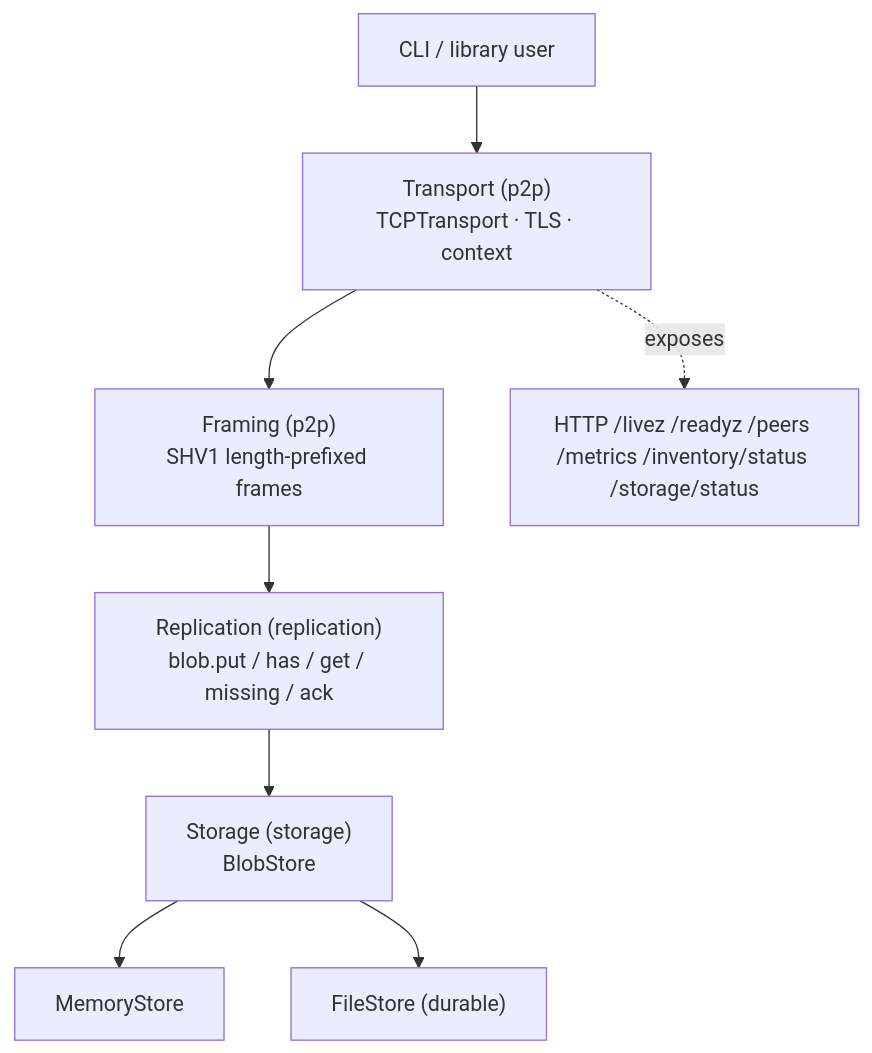
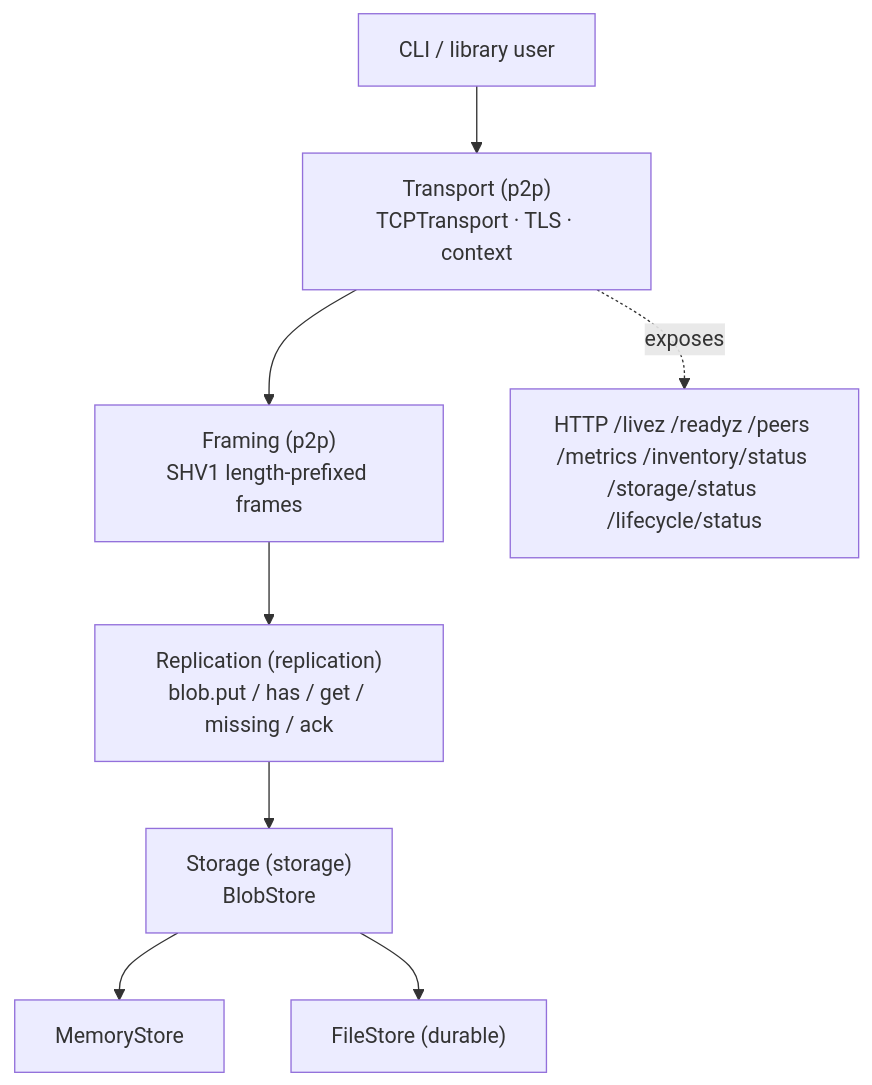
One commit to AliSinaDevelo/StreamHive changed the first of 4 diagrams in docs/ARCHITECTURE.md. Above: the diagram before and after it, drawn with Mermaid. The commit also changed 6 other files, not shown here.

````diff
--- a/docs/ARCHITECTURE.md
+++ b/docs/ARCHITECTURE.md
@@ -7,10 +7,10 @@
 ```mermaid
 flowchart TD
   cli["CLI / library user"] --> tr["Transport (p2p)<br/>TCPTransport · TLS · context"]
   tr --> fr["Framing (p2p)<br/>SHV1 length-prefixed frames"]
   fr --> rep["Replication (replication)<br/>blob.put / has / get / missing / ack"]
   rep --> st["Storage (storage)<br/>BlobStore"]
   st --> mem["MemoryStore"]
   st --> file["FileStore (durable)"]
-  tr -. exposes .-> health["HTTP /livez /readyz /peers /metrics /inventory/status /storage/status"]
+  tr -. exposes .-> health["HTTP /livez /readyz /peers /metrics /inventory/status /storage/status /lifecycle/status"]
 ```
````
